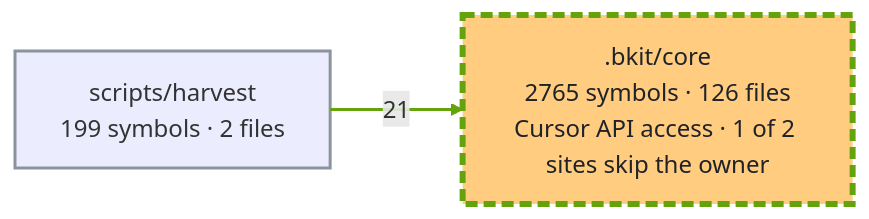
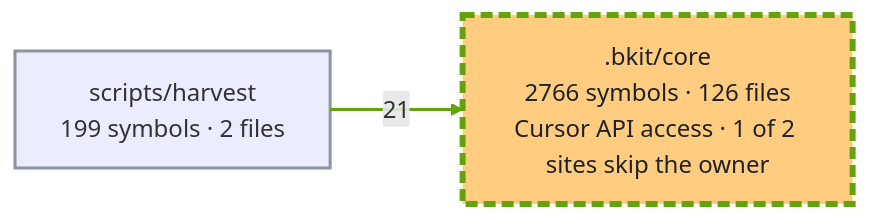
One commit to cbartens/bkit changed the first of 2 diagrams in docs/capabilities.md. Above: the diagram before and after it, drawn with Mermaid. The commit also changed other lines of this file, not shown here.

First line of the commit message:
docs(699-engine-run-completeness): regenerate the capabilities graph for the fix(765) symbol

````diff
--- a/docs/capabilities.md
+++ b/docs/capabilities.md
@@ -150,16 +150,16 @@
 ```mermaid
 ---
 config:
   layout: elk
   flowchart:
     useMaxWidth: false
 ---
 flowchart LR
-  %% Generated by bkit-graphify-rollup.py from eb1835d85d5201778bc3998d74bfe810ba1ed57f — do not edit
-  n_bkit_core[".bkit/core<br/>2765 symbols · 126 files<br/>Cursor API access · 1 of 2 sites skip the owner"]
+  %% Generated by bkit-graphify-rollup.py from b7799cbde96b172598440eb42e8f186427bd50e1 — do not edit
+  n_bkit_core[".bkit/core<br/>2766 symbols · 126 files<br/>Cursor API access · 1 of 2 sites skip the owner"]
   nscripts_harvest["scripts/harvest<br/>199 symbols · 2 files"]
   nscripts_harvest -->|21| n_bkit_core
   style n_bkit_core stroke:#65a30d,stroke-width:4px,stroke-dasharray:8 4,fill:#ffcc80,color:#1f2328
   style nscripts_harvest stroke:#8b949e,stroke-width:2px
   linkStyle 0 stroke:#65a30d,stroke-width:2px
 ```
````
